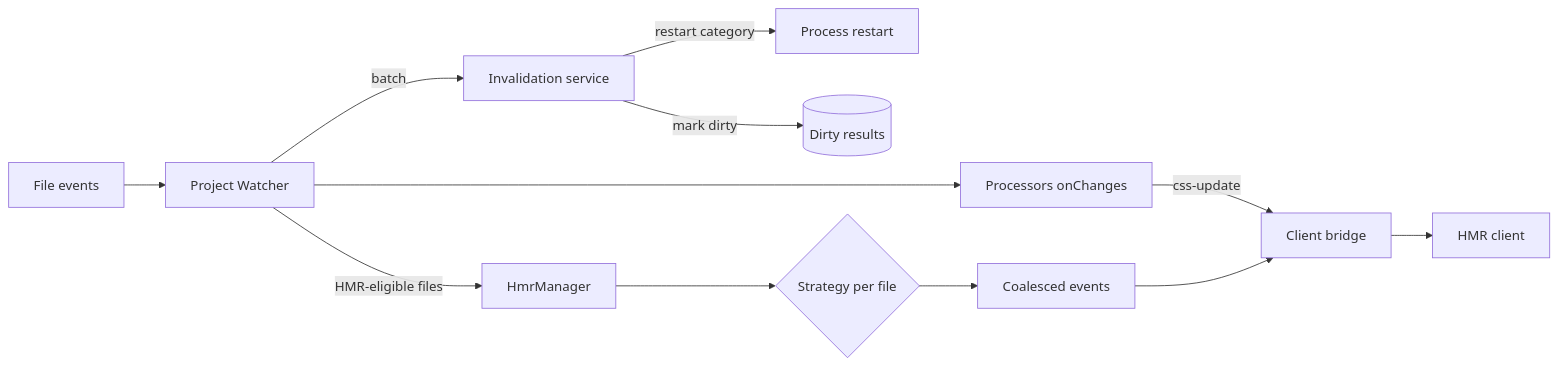
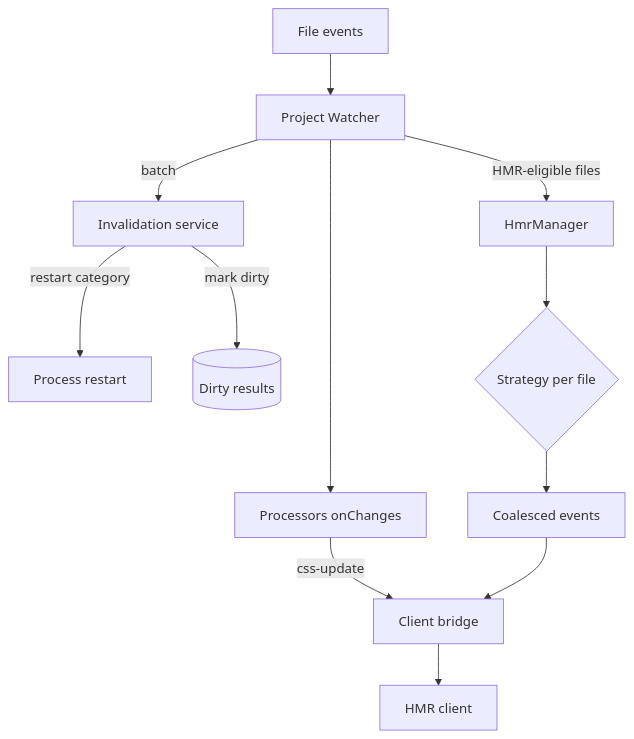
Before and after one commit to ecopages/ecopages: the first of 3 diagrams in apps/docs/src/content/dev/hmr-and-navigation.mdx, drawn with Mermaid. The commit also changed 4 other files, not shown here.

First line of the commit message:
docs: correct asset paths, error text and diagrams on the developer pages

````diff
--- a/apps/docs/src/content/dev/hmr-and-navigation.mdx
+++ b/apps/docs/src/content/dev/hmr-and-navigation.mdx
@@ -22,14 +22,14 @@
 ```mermaid
-flowchart LR
+flowchart TD
   FS[File events] --> W[Project Watcher]
   W -->|"batch"| I[Invalidation service]
   I -->|"restart category"| R[Process restart]
   I -->|"mark dirty"| C[(Dirty results)]
   W --> P[Processors onChanges]
   W -->|"HMR-eligible files"| M[HmrManager]
   M --> S{Strategy per file}
   S --> B[Coalesced events]
   P -->|"css-update"| WS[Client bridge]
   B --> WS
   WS --> H[HMR client]
 ```
````
